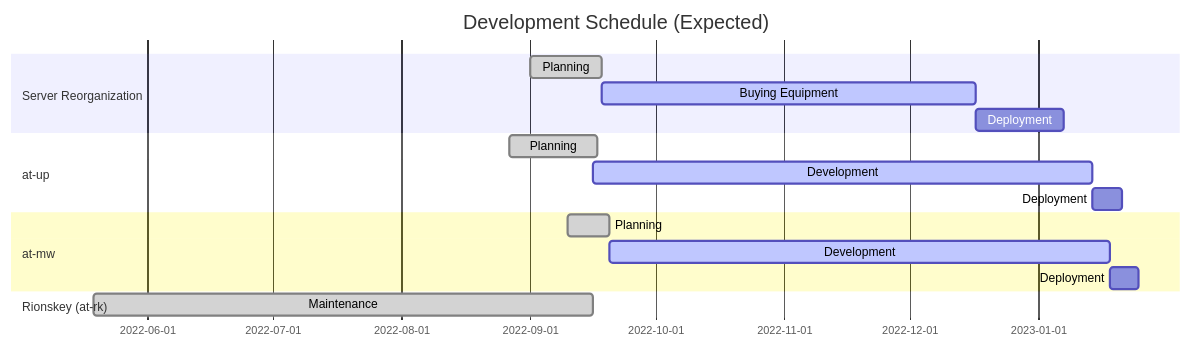
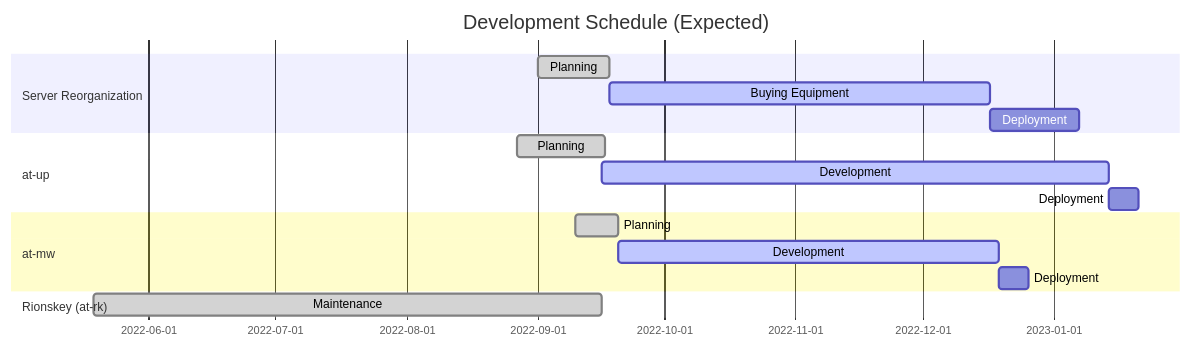
Before and after one commit to antegral/antegral: the diagram in README.md, drawn with Mermaid.

````diff
--- a/README.md
+++ b/README.md
@@ -32,20 +32,20 @@
 ```mermaid
 gantt
     title Development Schedule (Expected)
     dateFormat  YYYY-MM-DD
 
     section Server Reorganization
     Planning            :done, a1, 2022-09-01, 2022-09-18
     Buying Equipment    :active, a2, after a1, 90d
     Deployment          :after a2, 21d
     section at-up
     Planning            :done, b1, 2022-08-27, 2022-09-17
     Development         :active, b2, after b1, 120d
     Deployment          :b3, after b2, 7d
     section at-mw
     Planning            :done, c1, 2022-09-10, 2022-09-20
-    Development         :active, c2, after c1, 120d
+    Development         :active, c2, after c1, 90d
     Deployment          :c3, after c2, 7d
     section Rionskey (at-rk)
     Maintenance            :done, b1, 2022-05-19, 120d
 ```
````
